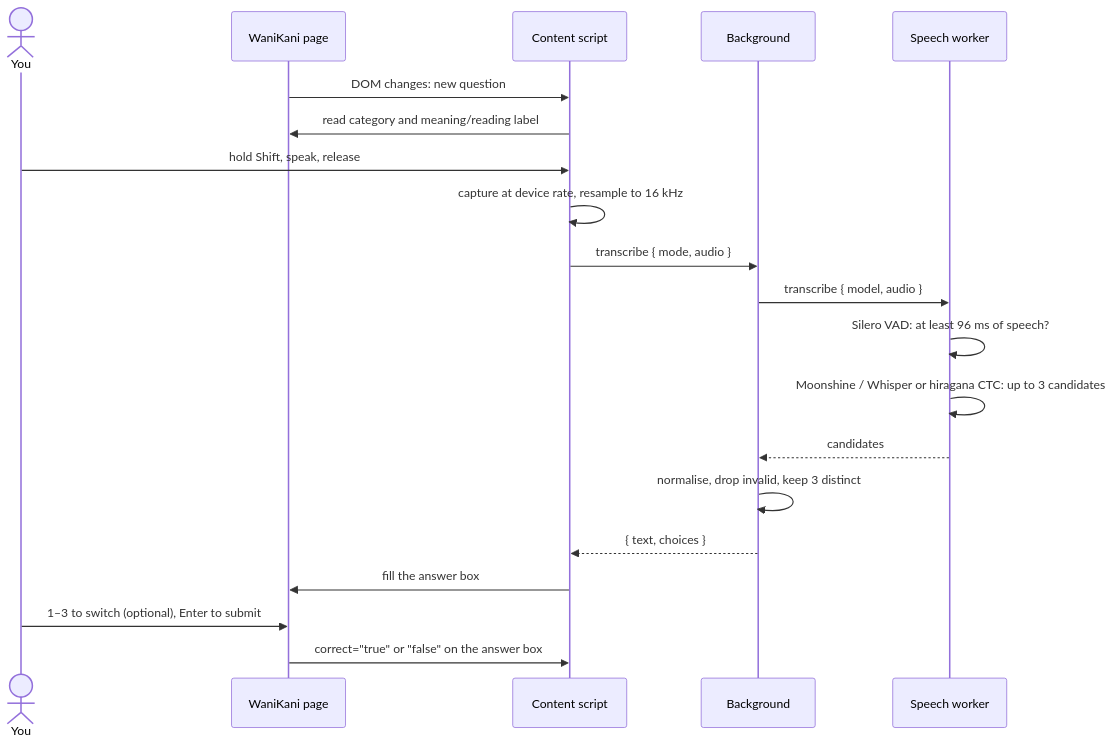
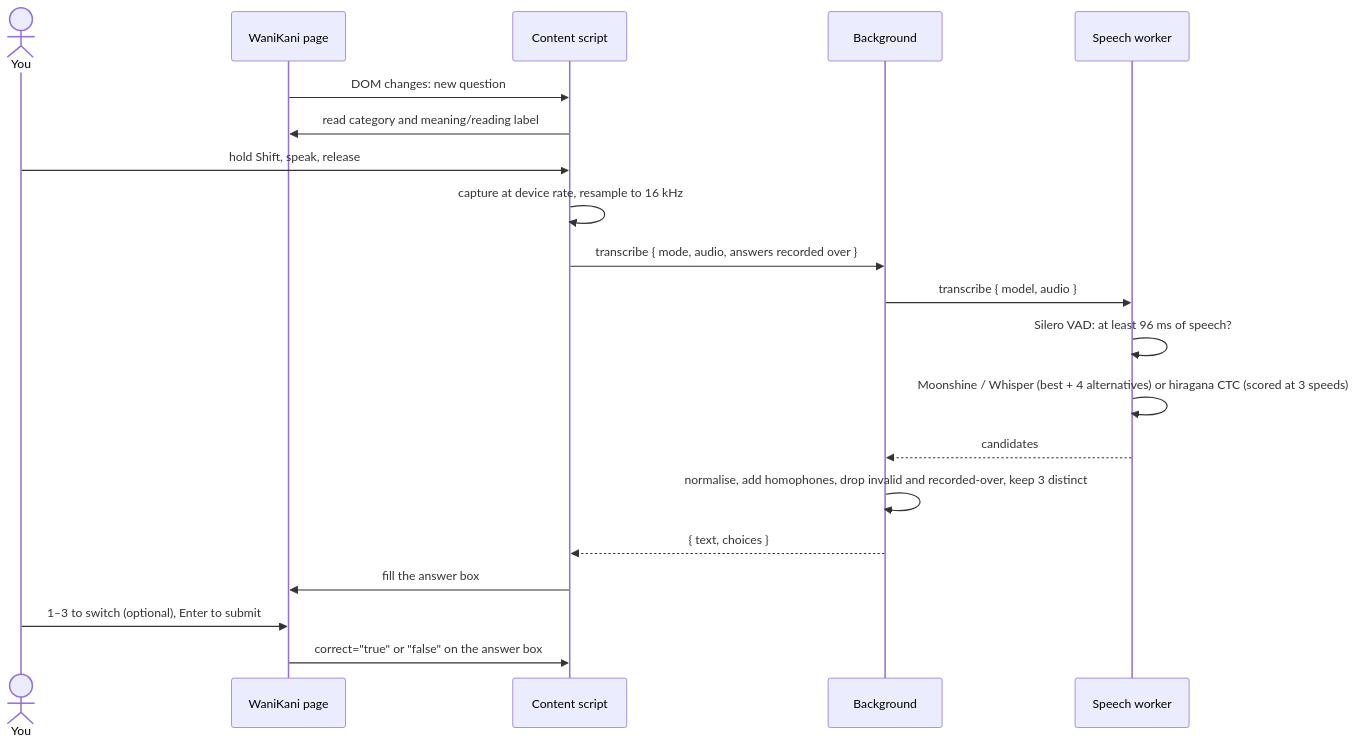
Before and after one commit to jsmrcina/wanikani-voice: the second of 2 diagrams in README.md, drawn with Mermaid. The commit also changed other lines of this file and 18 other files, not shown here.

First line of the commit message:
Detection quality without retraining: retries, PTT tail, readings at 3 speeds, English branching, homophones

````diff
--- a/README.md
+++ b/README.md
@@ -254,22 +258,22 @@
 ```mermaid
 sequenceDiagram
   actor You
   participant P as WaniKani page
   participant C as Content script
   participant B as Background
   participant W as Speech worker
   P->>C: DOM changes: new question
   C->>P: read category and meaning/reading label
   You->>C: hold Shift, speak, release
   C->>C: capture at device rate, resample to 16 kHz
-  C->>B: transcribe { mode, audio }
+  C->>B: transcribe { mode, audio, answers recorded over }
   B->>W: transcribe { model, audio }
   W->>W: Silero VAD: at least 96 ms of speech?
-  W->>W: Moonshine / Whisper or hiragana CTC: up to 3 candidates
+  W->>W: Moonshine / Whisper (best + 4 alternatives) or hiragana CTC (scored at 3 speeds)
   W-->>B: candidates
-  B->>B: normalise, drop invalid, keep 3 distinct
+  B->>B: normalise, add homophones, drop invalid and recorded-over, keep 3 distinct
   B-->>C: { text, choices }
   C->>P: fill the answer box
   You->>P: 1–3 to switch (optional), Enter to submit
   P->>C: correct="true" or "false" on the answer box
 ```
````
